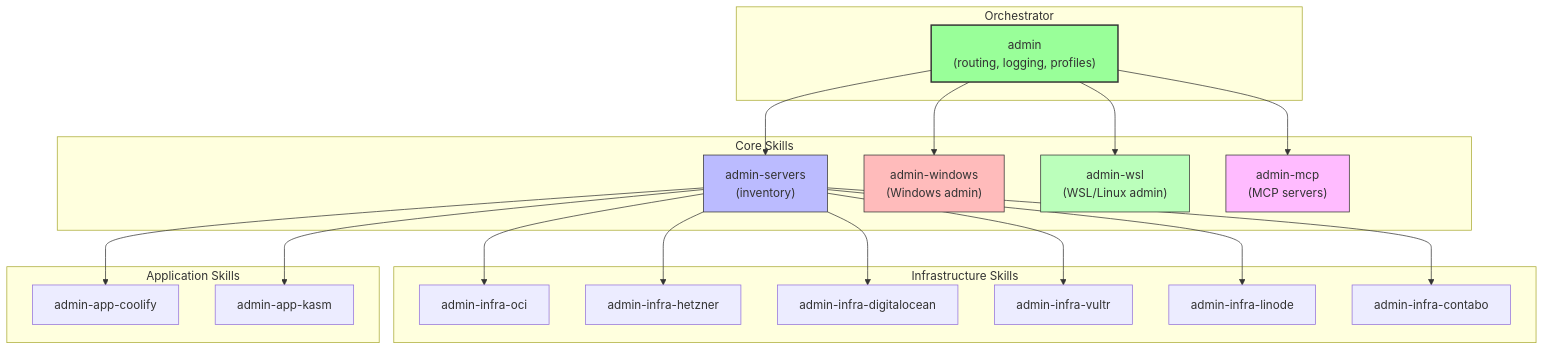
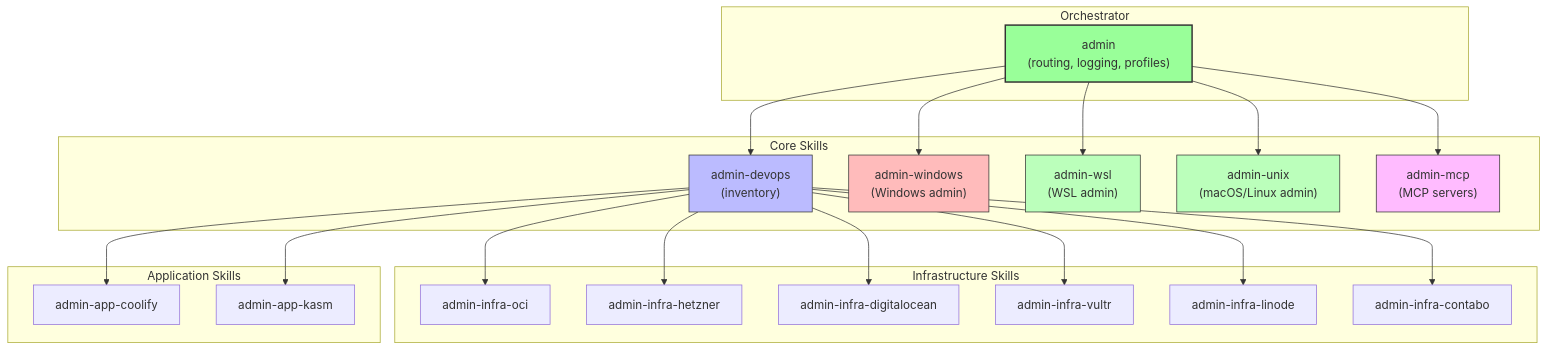
The ninth of 9 diagrams in docs/admin-skills-architecture.md (evolv3-ai/vibeskills), drawn with Mermaid before and after one commit. The commit also changed other lines of this file and 42 other files, not shown here.

Commit message:
rename admin-devops

````diff
--- a/docs/admin-skills-architecture.md
+++ b/docs/admin-skills-architecture.md
@@ -340,48 +346,51 @@
 ```mermaid
 flowchart TB
     subgraph Orchestrator["Orchestrator"]
         ADMIN["admin<br>(routing, logging, profiles)"]
     end
 
     subgraph CoreSkills["Core Skills"]
-        SERVERS["admin-servers<br>(inventory)"]
+        SERVERS["admin-devops<br>(inventory)"]
         WINDOWS["admin-windows<br>(Windows admin)"]
-        WSL["admin-wsl<br>(WSL/Linux admin)"]
+        WSL["admin-wsl<br>(WSL admin)"]
+        UNIX["admin-unix<br>(macOS/Linux admin)"]
         MCP["admin-mcp<br>(MCP servers)"]
     end
 
     subgraph InfraSkills["Infrastructure Skills"]
         OCI["admin-infra-oci"]
         HETZ["admin-infra-hetzner"]
         DO["admin-infra-digitalocean"]
         VULTR["admin-infra-vultr"]
         LINODE["admin-infra-linode"]
         CONTABO["admin-infra-contabo"]
     end
 
     subgraph AppSkills["Application Skills"]
         COOLIFY["admin-app-coolify"]
         KASM["admin-app-kasm"]
     end
 
     ADMIN --> SERVERS
     ADMIN --> WINDOWS
     ADMIN --> WSL
+    ADMIN --> UNIX
     ADMIN --> MCP
 
     SERVERS --> OCI
     SERVERS --> HETZ
     SERVERS --> DO
     SERVERS --> VULTR
     SERVERS --> LINODE
     SERVERS --> CONTABO
 
     SERVERS --> COOLIFY
     SERVERS --> KASM
 
     style ADMIN fill:#9f9,stroke:#333,stroke-width:2px
     style SERVERS fill:#bbf,stroke:#333
     style WINDOWS fill:#fbb,stroke:#333
     style WSL fill:#bfb,stroke:#333
+    style UNIX fill:#bfb,stroke:#333
     style MCP fill:#fbf,stroke:#333
 ```
````
